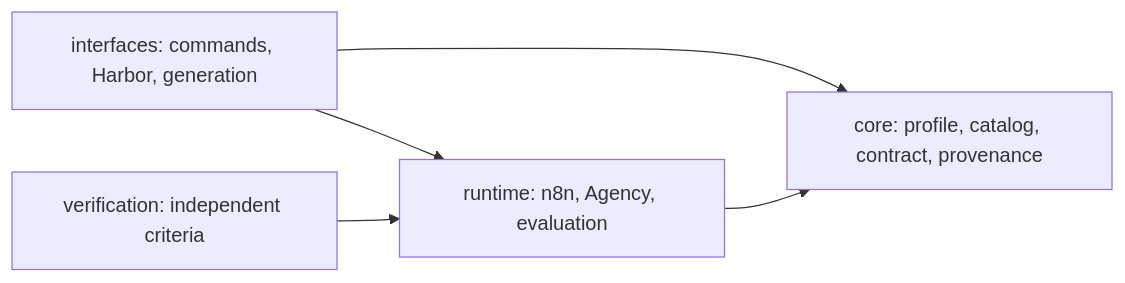
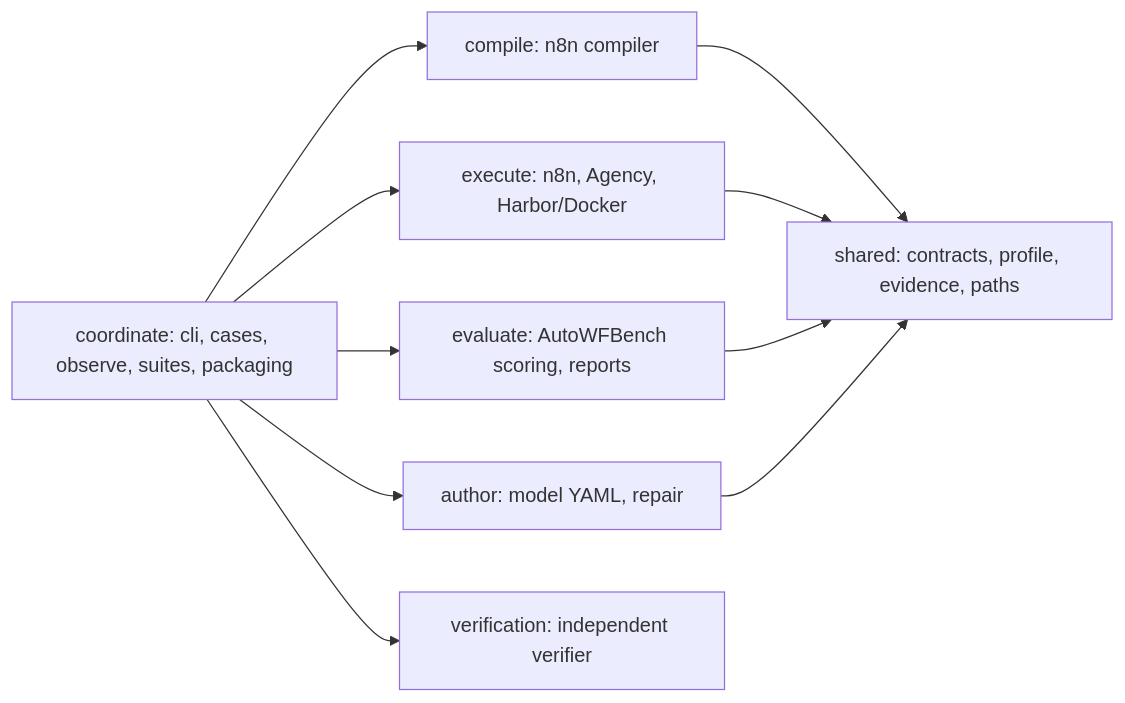
Before and after one commit to PoulWalcker/benchmarking: the diagram in docs/ARCHITECTURE.md, drawn with Mermaid. The commit also changed other lines of this file and 6 other files, not shown here.

````diff
--- a/docs/ARCHITECTURE.md
+++ b/docs/ARCHITECTURE.md
@@ -29,7 +32,12 @@
 ```mermaid
 flowchart LR
-  I[interfaces: commands, Harbor, generation] --> R[runtime: n8n, Agency, evaluation]
-  I --> C[core: profile, catalog, contract, provenance]
-  R --> C
-  V[verification: independent criteria] --> R
+  K[coordinate: cli, cases, observe, suites, packaging] --> X[execute: n8n, Agency, Harbor/Docker]
+  K --> P[compile: n8n compiler]
+  K --> E[evaluate: AutoWFBench scoring, reports]
+  K --> A[author: model YAML, repair]
+  K --> V[verification: independent verifier]
+  P --> S[shared: contracts, profile, evidence, paths]
+  X --> S
+  E --> S
+  A --> S
 ```
````
